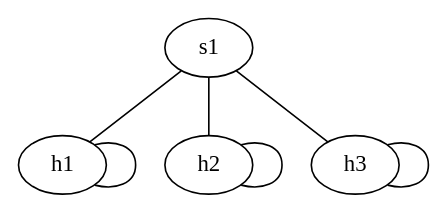
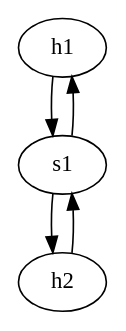
Before and after one commit to frenetic-lang/frenetic: the diagram in examples/simple.dot, drawn with Graphviz.

Commit message:
Update simple topology DOT file

```diff
--- a/examples/simple.dot
+++ b/examples/simple.dot
@@ -1,8 +1,12 @@
-strict graph g1 {
-s1 -- h1 [src_port=0, dport=0, cost=1, capacity="1Gbps"]
-s1 -- h2 [src_port=1, dport=0, cost=1, capacity="1Gbps"]
-s1 -- h3 [src_port=2, dport=0, cost=1, capacity="1Gbps"]
-h1 -- h1 [src_port=1, dport=2, cost=0, capacity="10Gbps"]
-h2 -- h2 [src_port=1, dport=2, cost=0, capacity="10Gbps"]
-h3 -- h3 [src_port=1, dport=2, cost=0, capacity="10Gbps"]
+digraph g1 {
+
+h1[type=host,ip="10.0.0.1"];
+h2[type=host,ip="10.0.0.2"];
+s1[type=switch, ip="11.0.0.1", id=1];
+
+s1 -> h1 [src_port=1, dst_port=0, cost=1];
+h1 -> s1 [src_port=0, dst_port=1, cost=1];
+
+s1 -> h2 [src_port=2, dst_port=0, cost=1];
+h2 -> s1 [src_port=0, dst_port=2, cost=1];
 }
```
